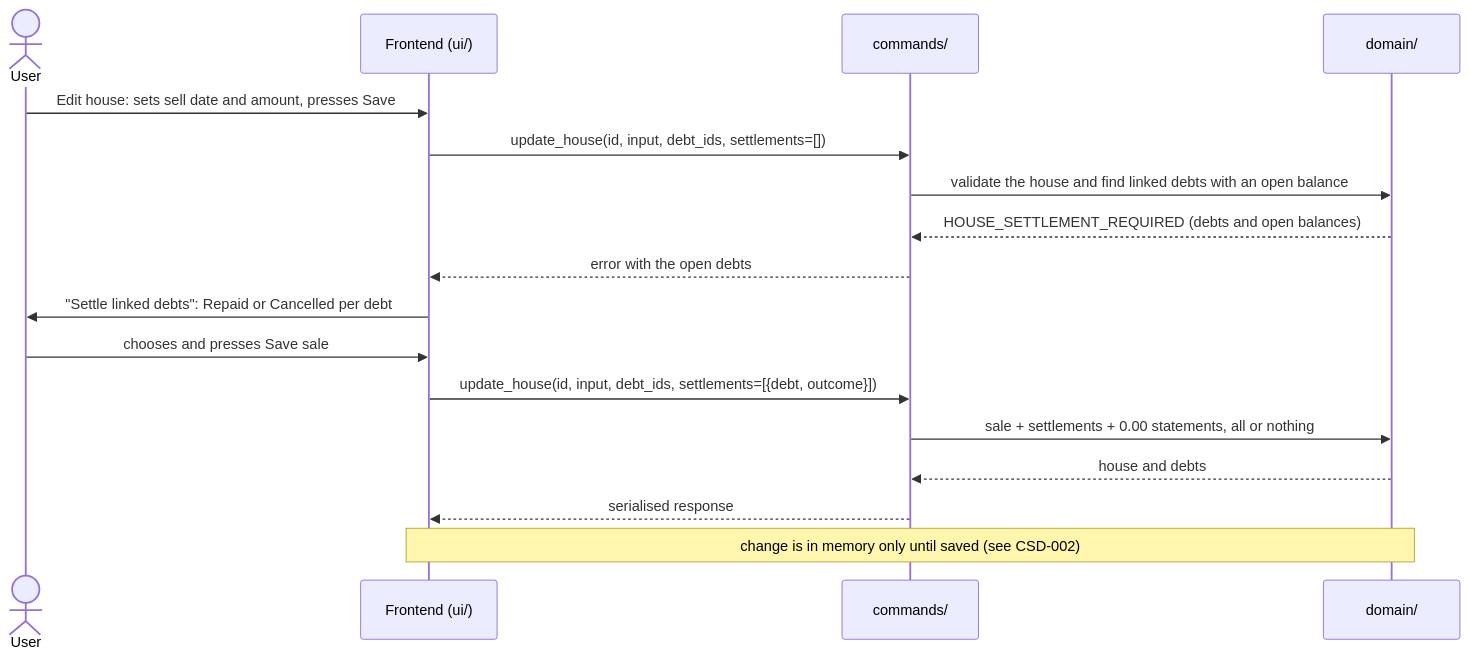
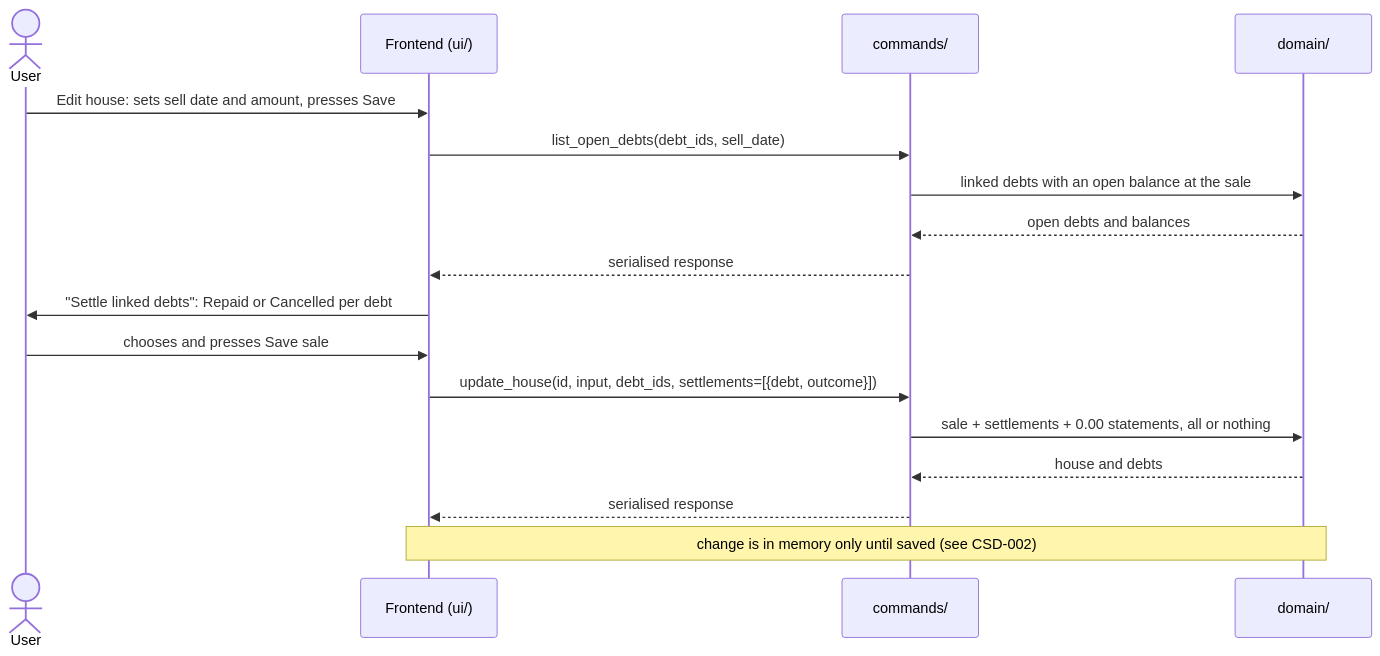
One commit to BardoelT/personal-finance changed the first of 2 diagrams in docs/csd/CSD-020-debt-linked-to-house.md. Above: the diagram before and after it, drawn with Mermaid. The commit also changed other lines of this file and 2 other files, not shown here.

Commit message:
docs: describe linked debts in the README and architecture; CSD-020 command flow

````diff
--- a/docs/csd/CSD-020-debt-linked-to-house.md
+++ b/docs/csd/CSD-020-debt-linked-to-house.md
@@ -48,19 +48,19 @@
 ```mermaid
 sequenceDiagram
     actor U as User
     participant UI as Frontend (ui/)
     participant CMD as commands/
     participant DOM as domain/
     U->>UI: Edit house: sets sell date and amount, presses Save
-    UI->>CMD: update_house(id, input, debt_ids, settlements=[])
-    CMD->>DOM: validate the house and find linked debts with an open balance
-    DOM-->>CMD: HOUSE_SETTLEMENT_REQUIRED (debts and open balances)
-    CMD-->>UI: error with the open debts
+    UI->>CMD: list_open_debts(debt_ids, sell_date)
+    CMD->>DOM: linked debts with an open balance at the sale
+    DOM-->>CMD: open debts and balances
+    CMD-->>UI: serialised response
     UI->>U: "Settle linked debts": Repaid or Cancelled per debt
     U->>UI: chooses and presses Save sale
     UI->>CMD: update_house(id, input, debt_ids, settlements=[{debt, outcome}])
     CMD->>DOM: sale + settlements + 0.00 statements, all or nothing
     DOM-->>CMD: house and debts
     CMD-->>UI: serialised response
     Note over UI,DOM: change is in memory only until saved (see CSD-002)
 ```
````
